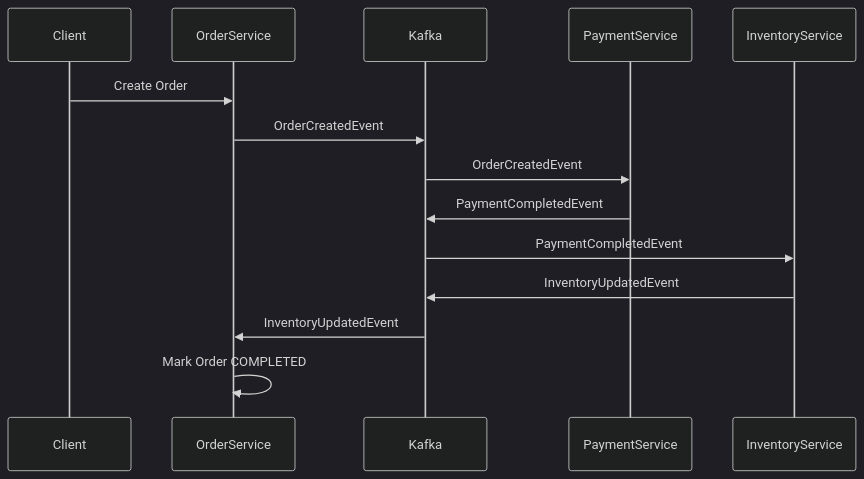
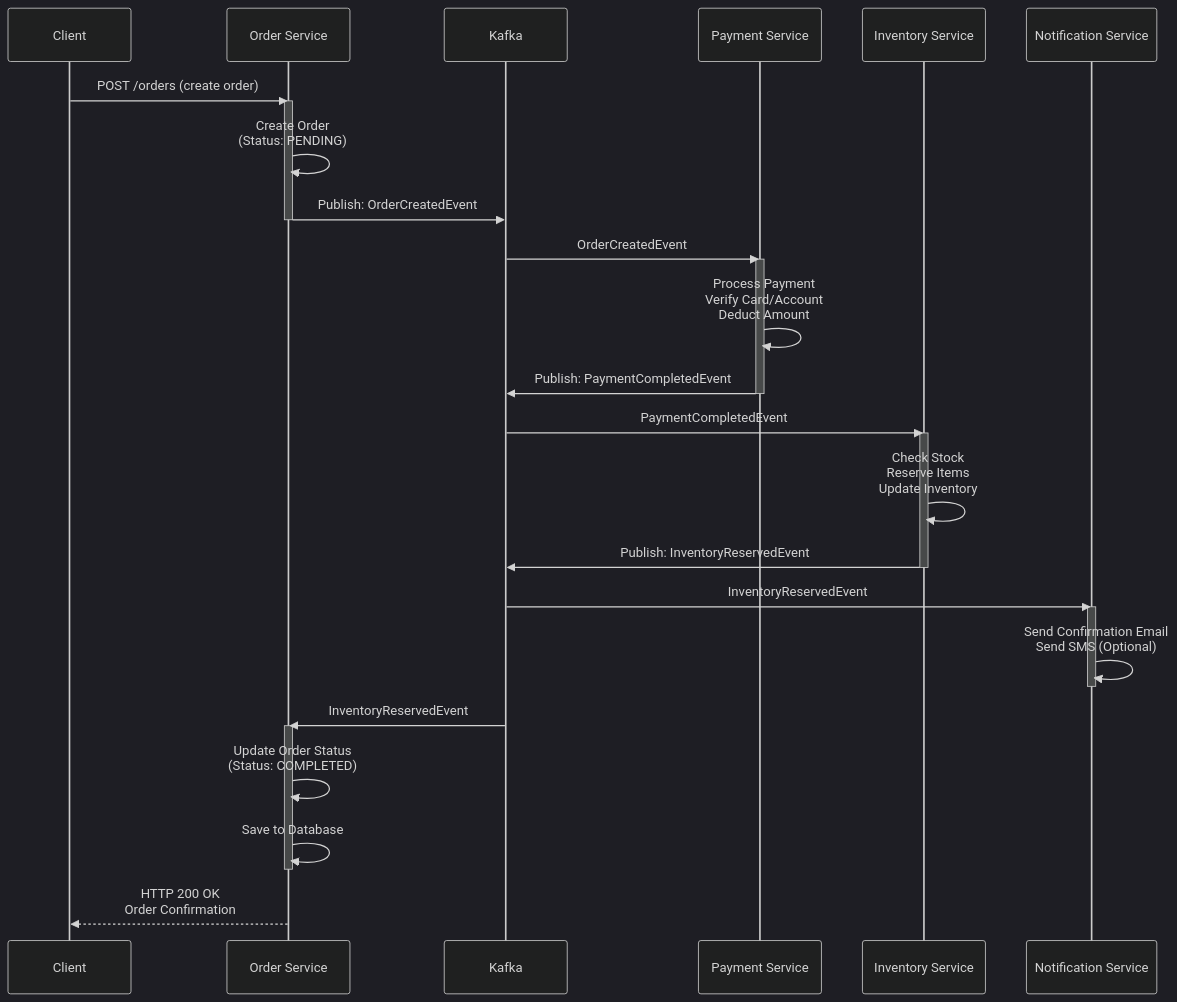
Before and after one commit to KhanhLanBui03/microservices-ecommerce: the first of 3 diagrams in README.md, drawn with Mermaid (dark theme). The commit also changed other lines of this file, not shown here.

````diff
--- a/README.md
+++ b/README.md
@@ -83,17 +163,40 @@
 ```mermaid
 sequenceDiagram
     participant Client
-    participant OrderService
+    participant OrderService as Order Service
     participant Kafka
-    participant PaymentService
-    participant InventoryService
+    participant PaymentService as Payment Service
+    participant InventoryService as Inventory Service
+    participant NotificationService as Notification Service
 
-    Client->>OrderService: Create Order
-    OrderService->>Kafka: OrderCreatedEvent
+    Client->>OrderService: POST /orders (create order)
+    activate OrderService
+    OrderService->>OrderService: Create Order<br/>(Status: PENDING)
+    OrderService->>Kafka: Publish: OrderCreatedEvent
+    deactivate OrderService
+    
     Kafka->>PaymentService: OrderCreatedEvent
-    PaymentService->>Kafka: PaymentCompletedEvent
+    activate PaymentService
+    PaymentService->>PaymentService: Process Payment<br/>Verify Card/Account<br/>Deduct Amount
+    PaymentService->>Kafka: Publish: PaymentCompletedEvent
+    deactivate PaymentService
+    
     Kafka->>InventoryService: PaymentCompletedEvent
-    InventoryService->>Kafka: InventoryUpdatedEvent
-    Kafka->>OrderService: InventoryUpdatedEvent
-    OrderService->>OrderService: Mark Order COMPLETED
+    activate InventoryService
+    InventoryService->>InventoryService: Check Stock<br/>Reserve Items<br/>Update Inventory
+    InventoryService->>Kafka: Publish: InventoryReservedEvent
+    deactivate InventoryService
+    
+    Kafka->>NotificationService: InventoryReservedEvent
+    activate NotificationService
+    NotificationService->>NotificationService: Send Confirmation Email<br/>Send SMS (Optional)
+    deactivate NotificationService
+    
+    Kafka->>OrderService: InventoryReservedEvent
+    activate OrderService
+    OrderService->>OrderService: Update Order Status<br/>(Status: COMPLETED)
+    OrderService->>OrderService: Save to Database
+    deactivate OrderService
+    
+    OrderService-->>Client: HTTP 200 OK<br/>Order Confirmation
 ```
````
